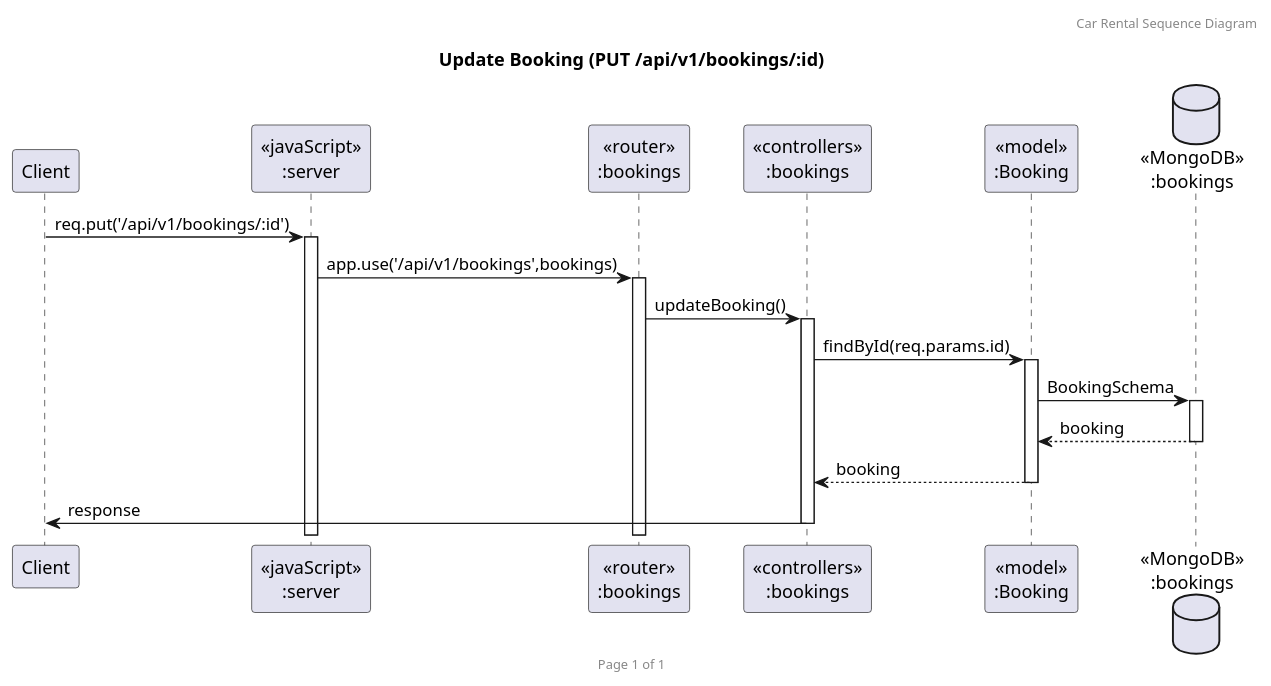
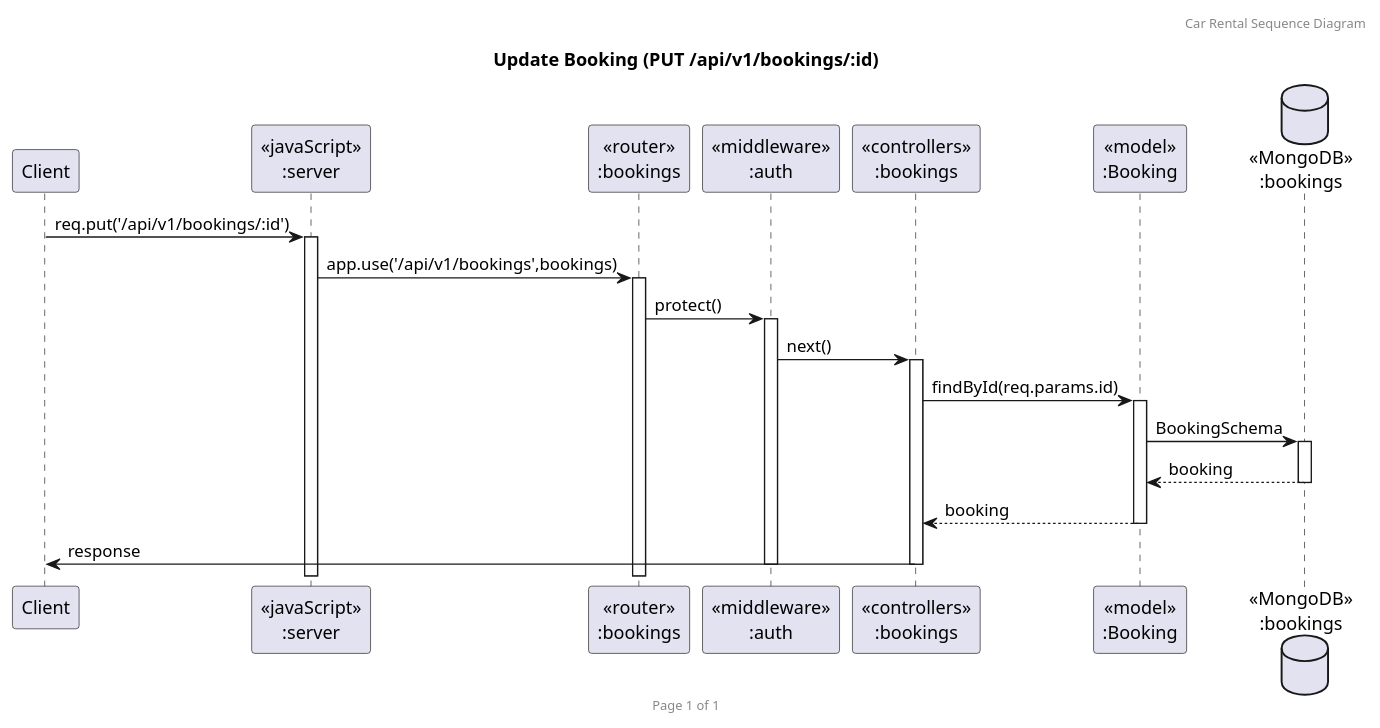
One commit to 2110503-CEDT68/be-project-68-paopaopao changed the diagram in UML/Sequence_Booking_PUT.puml. Above: the diagram before and after it, drawn with PlantUML. The commit also changed 9 other files, not shown here.

Commit message:
Fix: sequence diagram fix

```diff
--- a/UML/Sequence_Booking_PUT.puml
+++ b/UML/Sequence_Booking_PUT.puml
@@ -1,23 +1,26 @@
 @startuml Sequence_Booking_PUT
 
 header Car Rental Sequence Diagram
 footer Page %page% of %lastpage%
 title "Update Booking (PUT /api/v1/bookings/:id)"
 
 participant "Client" as client
 participant "<<javaScript>>\n:server" as server
 participant "<<router>>\n:bookings" as routerBookings
+participant "<<middleware>>\n:auth" as middlewareAuth
 participant "<<controllers>>\n:bookings" as controllersBookings
 participant "<<model>>\n:Booking" as modelBooking
 database "<<MongoDB>>\n:bookings" as BookingsDatabase
 
 client->server ++:req.put('/api/v1/bookings/:id')
 server->routerBookings ++:app.use('/api/v1/bookings',bookings)
-routerBookings->controllersBookings ++:updateBooking()
+routerBookings->middlewareAuth ++:protect()
+middlewareAuth->controllersBookings ++:next()
 controllersBookings->modelBooking ++:findById(req.params.id)
 modelBooking->BookingsDatabase ++: BookingSchema
 BookingsDatabase-->modelBooking --: booking
 controllersBookings<--modelBooking --: booking
 controllersBookings->client --:response
+deactivate middlewareAuth
 
 @enduml
```
